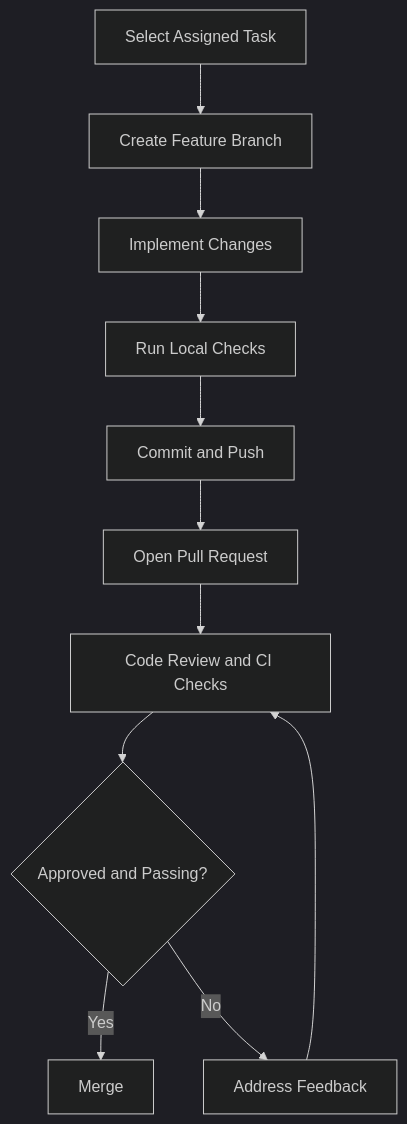
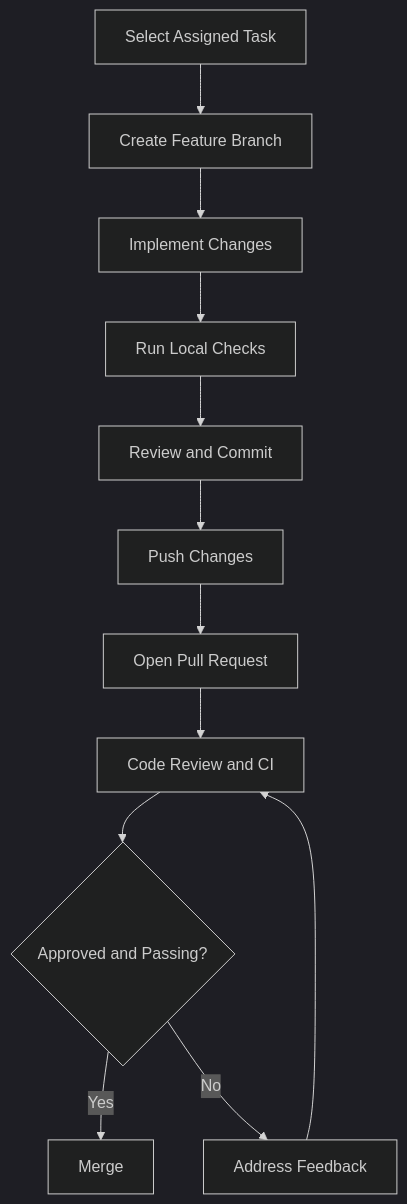
The second of 2 diagrams in docs/developer-guide/index.md (akirachix/techelle-technical-documentation), drawn with Mermaid (dark theme) before and after one commit. The commit also changed other lines of this file and 24 other files, not shown here.

````diff
--- a/docs/developer-guide/index.md
+++ b/docs/developer-guide/index.md
@@ -276,13 +481,14 @@
 ```mermaid
 flowchart TD
     A[Select Assigned Task] --> B[Create Feature Branch]
     B --> C[Implement Changes]
     C --> D[Run Local Checks]
-    D --> E[Commit and Push]
-    E --> F[Open Pull Request]
-    F --> G[Code Review and CI Checks]
-    G --> H{Approved and Passing?}
-    H -->|Yes| I[Merge]
-    H -->|No| J[Address Feedback]
-    J --> G
+    D --> E[Review and Commit]
+    E --> F[Push Changes]
+    F --> G[Open Pull Request]
+    G --> H[Code Review and CI]
+    H --> I{Approved and Passing?}
+    I -->|Yes| J[Merge]
+    I -->|No| K[Address Feedback]
+    K --> H
 ```
````
